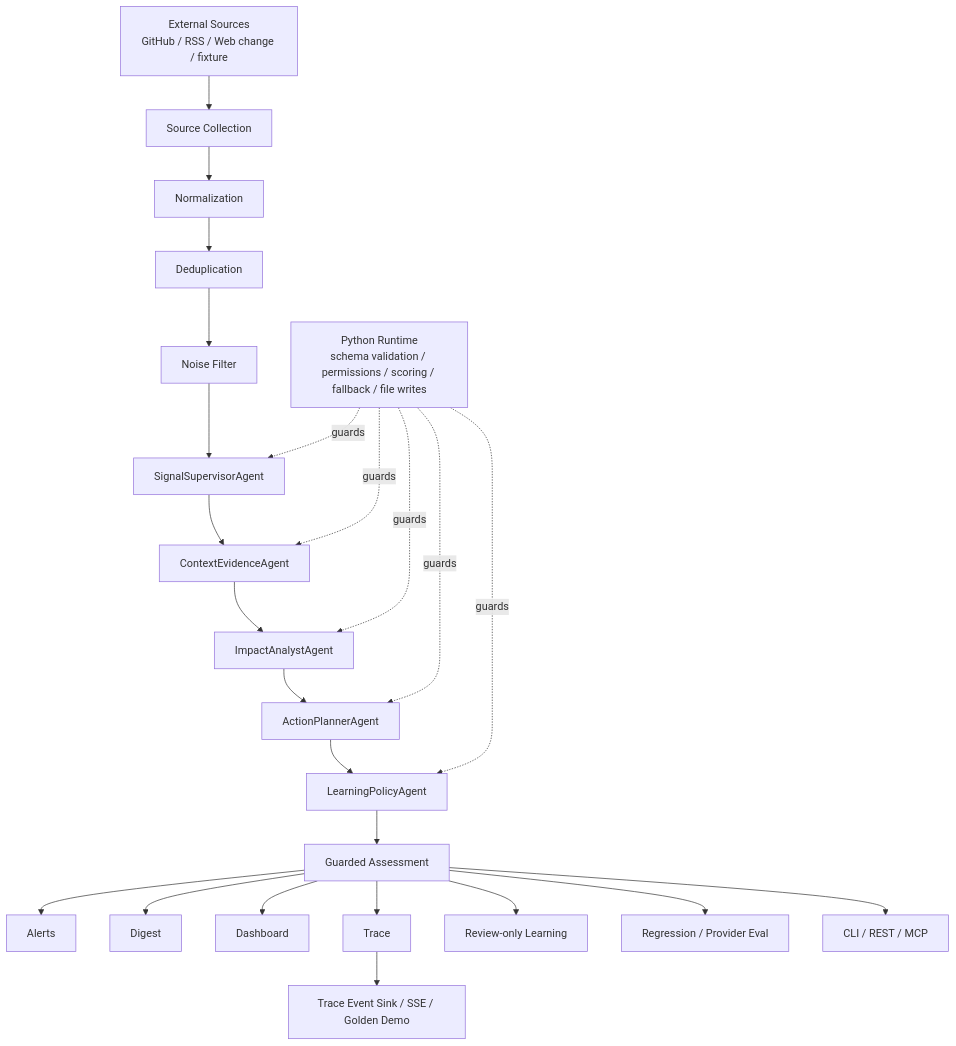
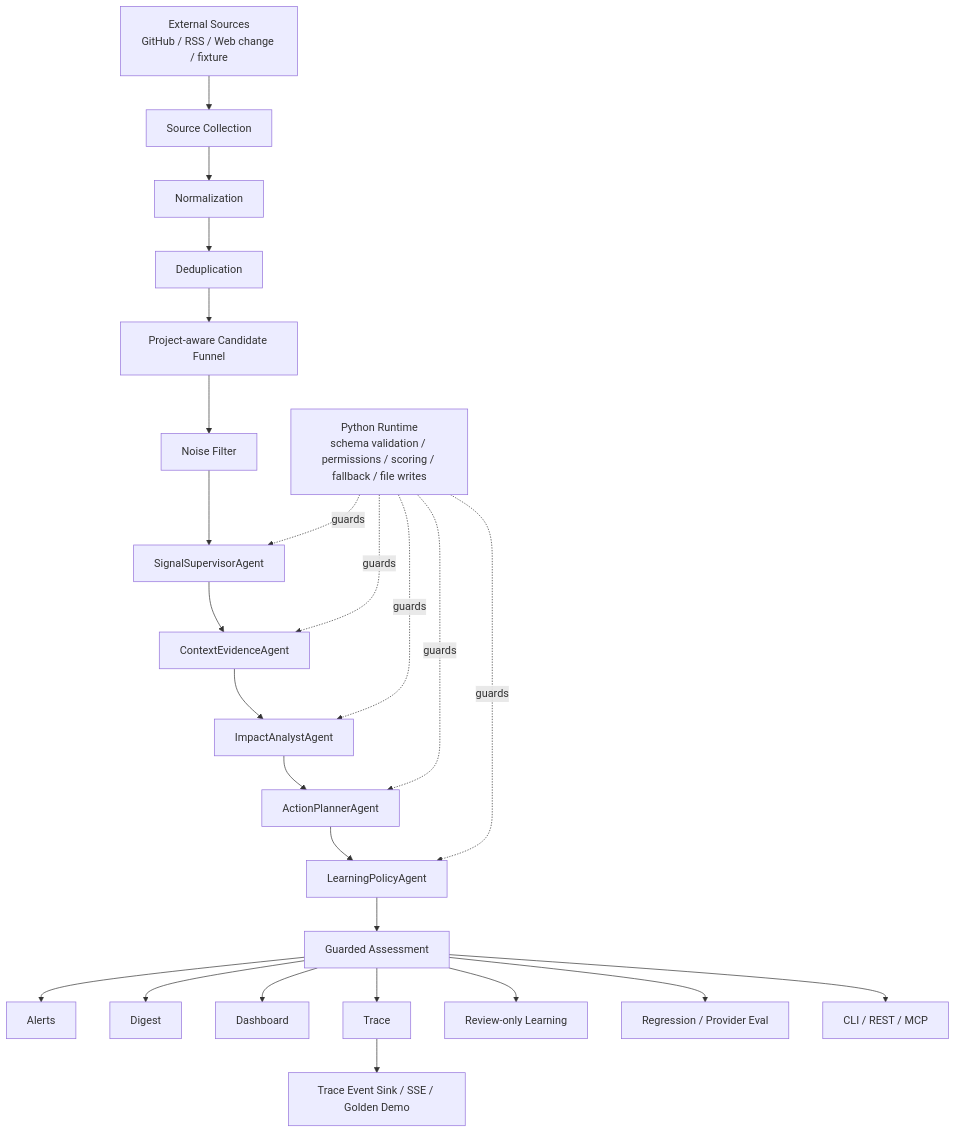
One commit to pocketvin/SignalHarness changed the first of 2 diagrams in docs/ARCHITECTURE.md. Above: the diagram before and after it, drawn with Mermaid. The commit also changed other lines of this file and 36 other files, not shown here.

````diff
--- a/docs/ARCHITECTURE.md
+++ b/docs/ARCHITECTURE.md
@@ -7,27 +7,28 @@
 ```mermaid
 flowchart TD
     A["External Sources<br/>GitHub / RSS / Web change / fixture"] --> B["Source Collection"]
     B --> C["Normalization"]
     C --> D["Deduplication"]
-    D --> E["Noise Filter"]
+    D --> CF["Project-aware Candidate Funnel"]
+    CF --> E["Noise Filter"]
     E --> F["SignalSupervisorAgent"]
     F --> G["ContextEvidenceAgent"]
     G --> H["ImpactAnalystAgent"]
     H --> I["ActionPlannerAgent"]
     I --> J["LearningPolicyAgent"]
     J --> K["Guarded Assessment"]
     K --> L["Alerts"]
     K --> M["Digest"]
     K --> N["Dashboard"]
     K --> O["Trace"]
     K --> P["Review-only Learning"]
     K --> R["Regression / Provider Eval"]
     K --> S["CLI / REST / MCP"]
     O --> T["Trace Event Sink / SSE / Golden Demo"]
 
     Q["Python Runtime<br/>schema validation / permissions / scoring / fallback / file writes"] -. guards .-> F
     Q -. guards .-> G
     Q -. guards .-> H
     Q -. guards .-> I
     Q -. guards .-> J
 ```
````
